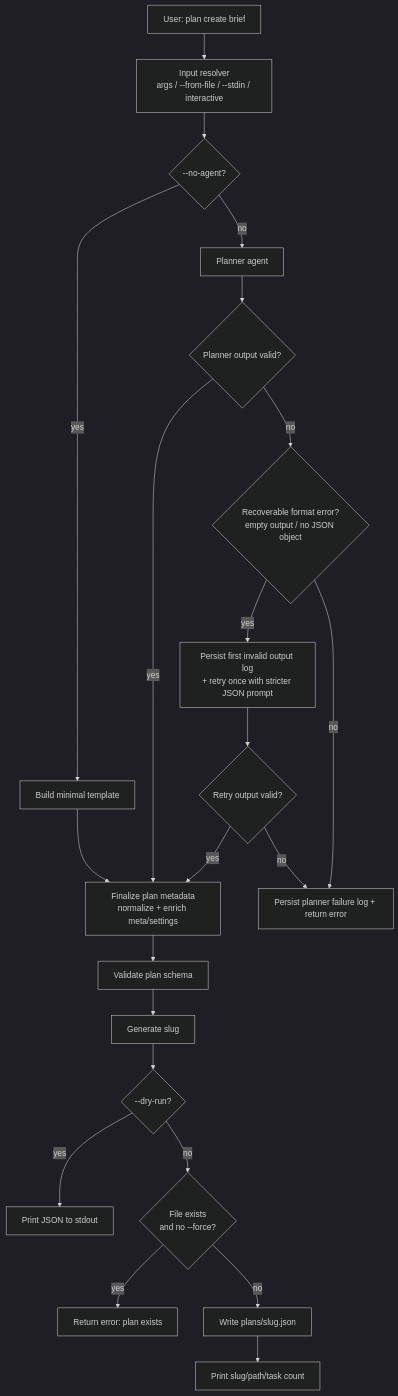
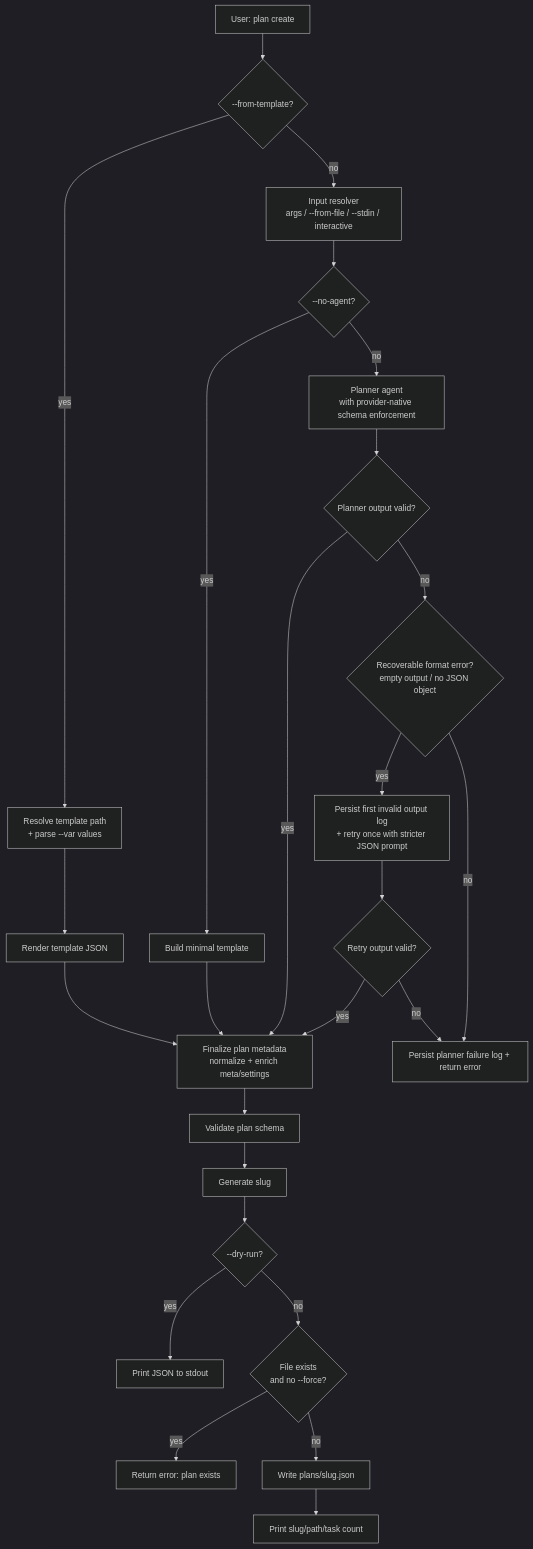
The second of 10 diagrams in docs/orchestration.md (opus-domini/praetor), drawn with Mermaid before and after one commit. The commit also changed other lines of this file and 88 other files, not shown here.

````diff
--- a/docs/orchestration.md
+++ b/docs/orchestration.md
@@ -252,28 +273,32 @@
 ```mermaid
 ---
 config:
   theme: dark
 ---
 flowchart TD
-    A[User: plan create brief] --> B[Input resolver<br>args / --from-file / --stdin / interactive]
-    B --> C{--no-agent?}
-    C -- yes --> D[Build minimal template]
-    C -- no --> E[Planner agent]
-    E --> F{Planner output valid?}
-    F -- yes --> H[Finalize plan metadata<br>normalize + enrich meta/settings]
-    F -- no --> G{Recoverable format error?<br>empty output / no JSON object}
-    G -- yes --> I[Persist first invalid output log<br>+ retry once with stricter JSON prompt]
-    I --> J{Retry output valid?}
-    J -- yes --> H
-    G -- no --> K[Persist planner failure log + return error]
-    J -- no --> K
-    D --> H
-    H --> L[Validate plan schema]
-    L --> M[Generate slug]
-    M --> N{--dry-run?}
-    N -- yes --> O[Print JSON to stdout]
-    N -- no --> P{File exists<br>and no --force?}
-    P -- yes --> Q[Return error: plan exists]
-    P -- no --> R[Write plans/slug.json]
-    R --> S[Print slug/path/task count]
+    A[User: plan create] --> B{--from-template?}
+    B -- yes --> C[Resolve template path<br>+ parse --var values]
+    C --> D[Render template JSON]
+    B -- no --> E[Input resolver<br>args / --from-file / --stdin / interactive]
+    E --> F{--no-agent?}
+    F -- yes --> G[Build minimal template]
+    F -- no --> H[Planner agent<br>with provider-native schema enforcement]
+    H --> I{Planner output valid?}
+    I -- yes --> J[Finalize plan metadata<br>normalize + enrich meta/settings]
+    I -- no --> K{Recoverable format error?<br>empty output / no JSON object}
+    K -- yes --> L[Persist first invalid output log<br>+ retry once with stricter JSON prompt]
+    L --> M{Retry output valid?}
+    M -- yes --> J
+    K -- no --> N[Persist planner failure log + return error]
+    M -- no --> N
+    G --> J
+    D --> J
+    J --> O[Validate plan schema]
+    O --> P[Generate slug]
+    P --> Q{--dry-run?}
+    Q -- yes --> R[Print JSON to stdout]
+    Q -- no --> S{File exists<br>and no --force?}
+    S -- yes --> T[Return error: plan exists]
+    S -- no --> U[Write plans/slug.json]
+    U --> V[Print slug/path/task count]
 ```
````
